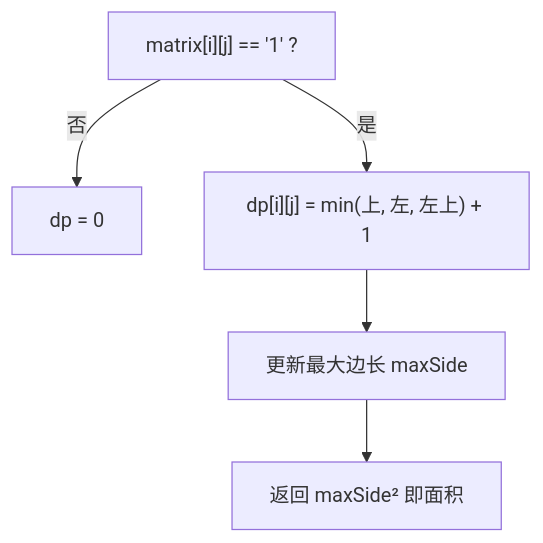
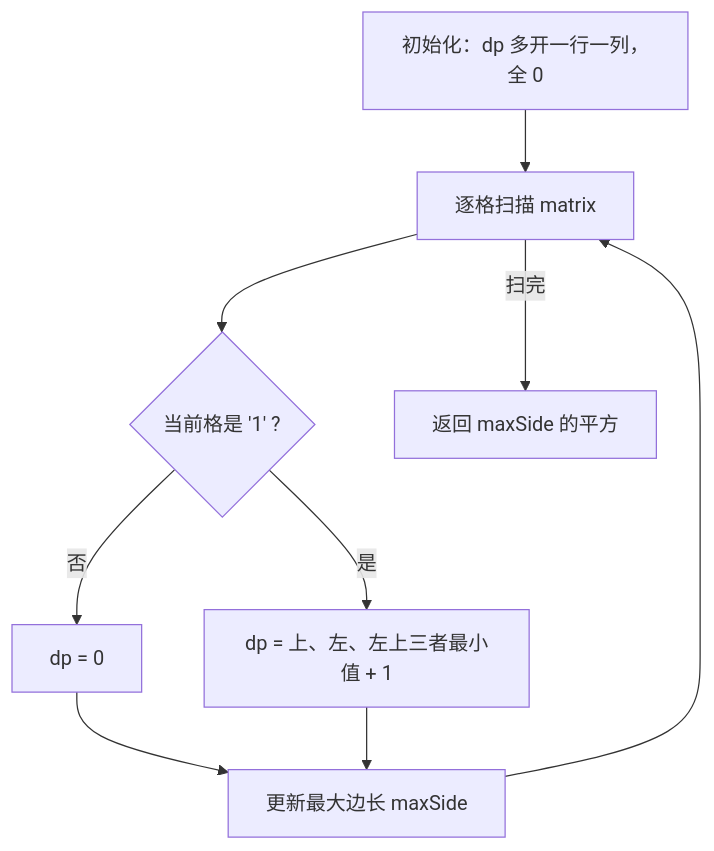
The first of 2 diagrams in 19-大厂加餐/字节加餐/0221-最大正方形.md (OctalZero/hot100-py), drawn with Mermaid before and after one commit. The commit also changed other lines of this file and 117 other files, not shown here.

First line of the commit message:
feat: 全题解配图升级为「动画式 mermaid」（总览骨架 + 横向时间线逐步推演）

````diff
--- a/19-大厂加餐/字节加餐/0221-最大正方形.md
+++ b/19-大厂加餐/字节加餐/0221-最大正方形.md
@@ -26,7 +26,11 @@
 ```mermaid
 flowchart TD
-    A["matrix[i][j] == '1' ?"] -- "否" --> B["dp = 0"]
-    A -- "是" --> C["dp[i][j] = min(上, 左, 左上) + 1"]
-    C --> D["更新最大边长 maxSide"]
-    D --> E["返回 maxSide² 即面积"]
+    A["初始化：dp 多开一行一列，全 0"] --> B["逐格扫描 matrix"]
+    B --> C{"当前格是 '1' ?"}
+    C -->|"否"| D["dp = 0"]
+    C -->|"是"| E["dp = 上、左、左上三者最小值 + 1"]
+    D --> F["更新最大边长 maxSide"]
+    E --> F
+    F --> B
+    B -->|"扫完"| G["返回 maxSide 的平方"]
 ```
````
